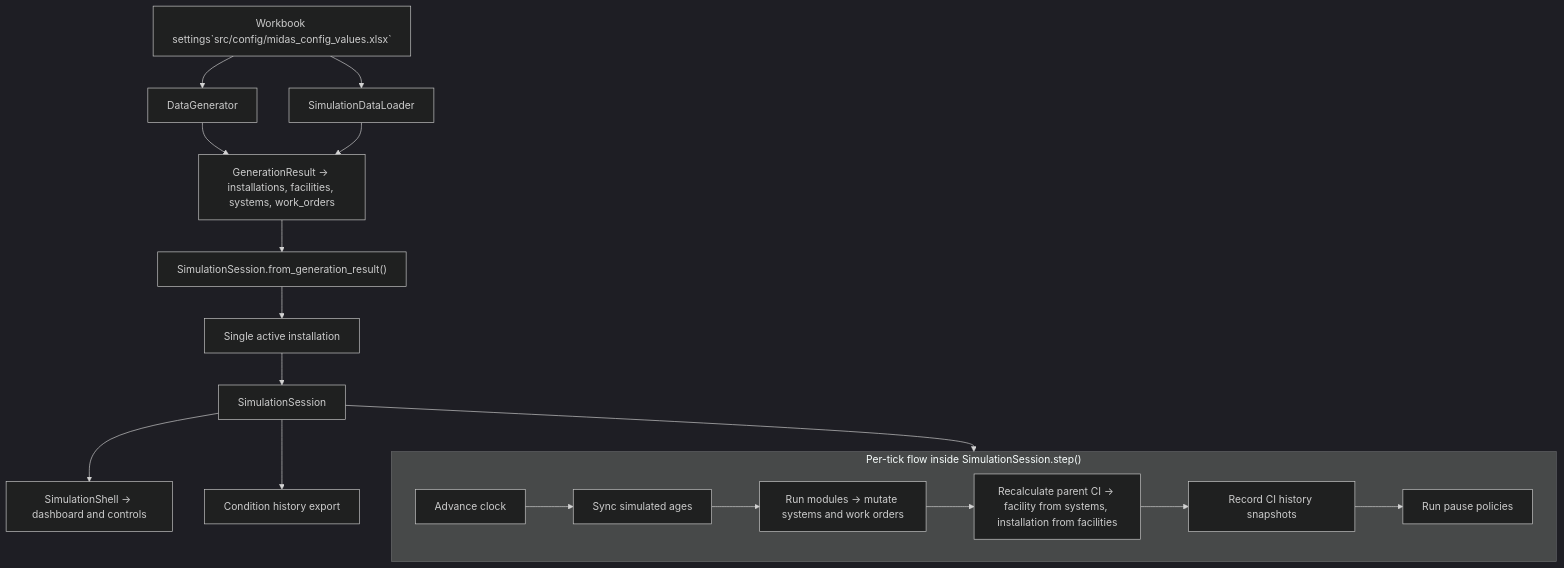
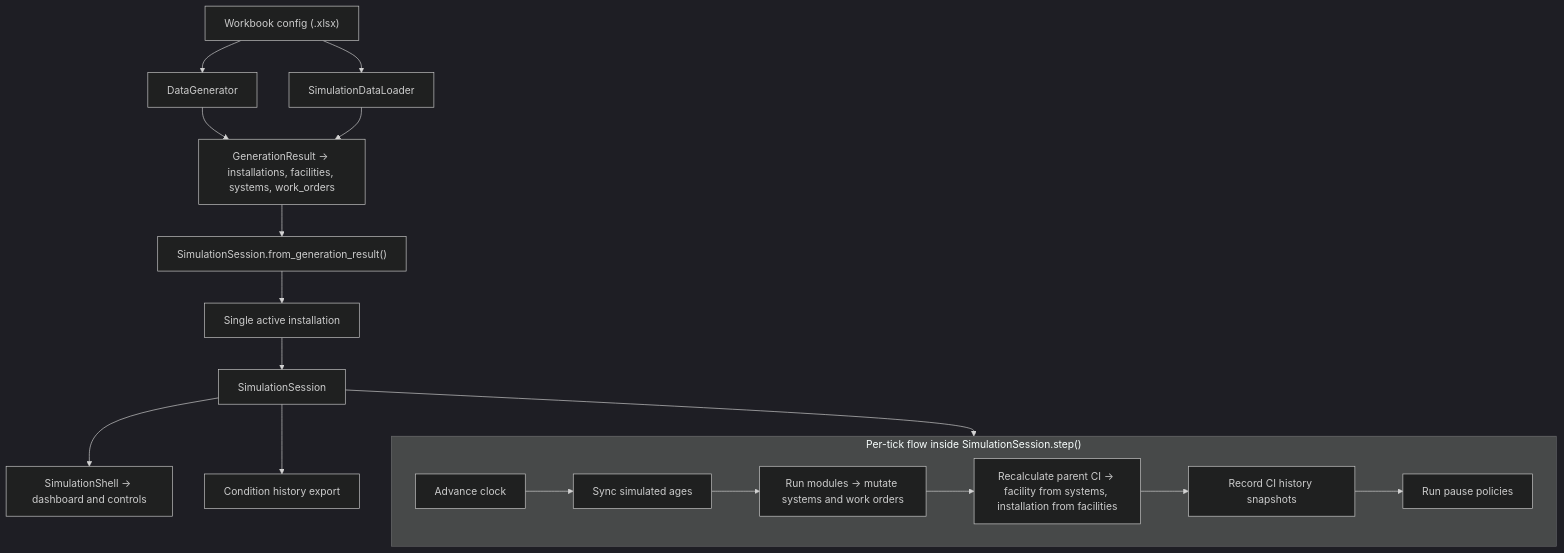
One commit to horaciovelvetine/midas-alt changed the diagram in docs/simulation_system_internals.md. Above: the diagram before and after it, drawn with Mermaid (dark theme). The commit also changed other lines of this file and 1 other file, not shown here.

````diff
--- a/docs/simulation_system_internals.md
+++ b/docs/simulation_system_internals.md
@@ -15,31 +9,31 @@
 ```mermaid
 flowchart TD
-    A["Workbook settings`src/config/midas_config_values.xlsx`"]
+    A["Workbook config (.xlsx)"]
     B["DataGenerator"]
     C["SimulationDataLoader"]
     D["GenerationResult -> installations, facilities, systems, work_orders"]
     E["SimulationSession.from_generation_result()"]
     F["Single active installation"]
     G["SimulationSession"]
     H["SimulationShell -> dashboard and controls"]
     I["Condition history export"]
 
     subgraph T["Per-tick flow inside SimulationSession.step()"]
         T1["Advance clock"]
         T2["Sync simulated ages"]
         T3["Run modules -> mutate systems and work orders"]
         T4["Recalculate parent CI -> facility from systems, installation from facilities"]
         T5["Record CI history snapshots"]
         T6["Run pause policies"]
         T1 --> T2 --> T3 --> T4 --> T5 --> T6
     end
 
     A --> B
     A --> C
     B --> D
     C --> D
     D --> E --> F --> G
     G --> T
     G --> H
     G --> I
 ```
````
